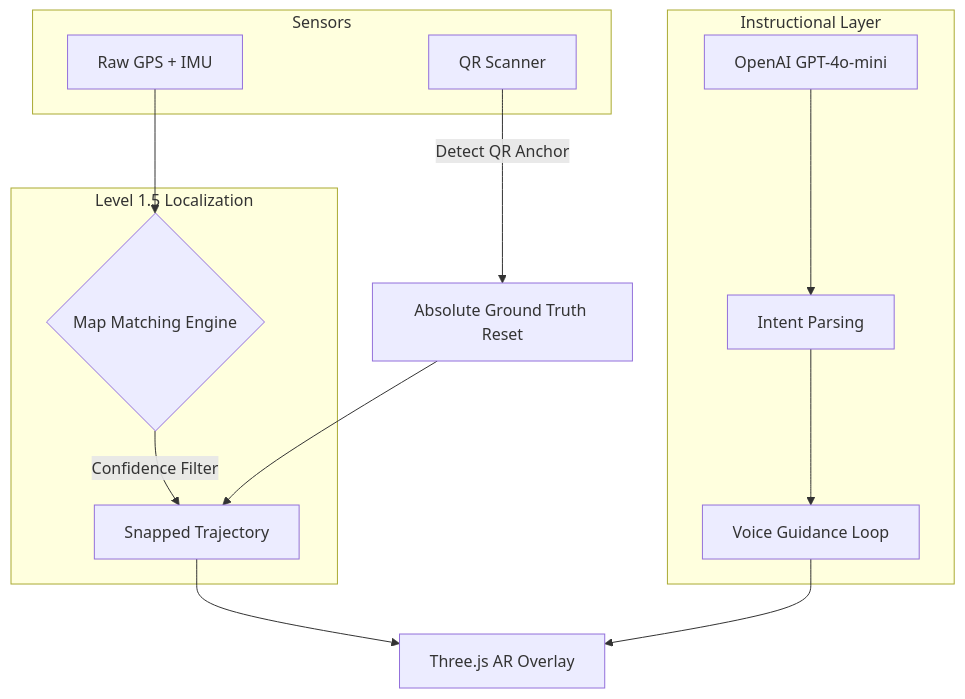
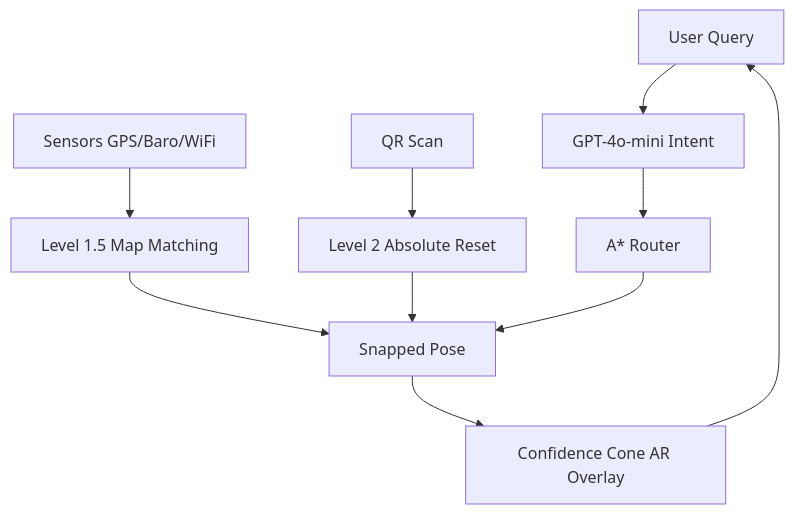
The diagram in docs/RESEARCH_PAPER.md (shivansh-kaushik/GAMEMNNIT), drawn with Mermaid before and after one commit. The commit also changed other lines of this file and 1 other file, not shown here.

````diff
--- a/docs/RESEARCH_PAPER.md
+++ b/docs/RESEARCH_PAPER.md
@@ -58,27 +109,12 @@
 ```mermaid
 graph TD
-    subgraph Sensors
-    A[Raw GPS + IMU]
-    E[QR Scanner]
-    end
-
-    subgraph Localization [Level 1.5 Localization]
-    B{Map Matching Engine}
-    D[Snapped Trajectory]
-    end
-
-    subgraph Feedback [Instructional Layer]
-    H[OpenAI GPT-4o-mini]
-    I[Intent Parsing]
-    J[Voice Guidance Loop]
-    end
-
-    A --> B
-    B -- Confidence Filter --> D
-    E -- Detect QR Anchor --> F[Absolute Ground Truth Reset]
-    F --> D
-    D --> G[Three.js AR Overlay]
-    H --> I
-    I --> J
-    J --> G
+    A[User Query] --> B[GPT-4o-mini Intent]
+    B --> C[A* Router]
+    D[Sensors GPS/Baro/WiFi] --> E[Level 1.5 Map Matching]
+    F[QR Scan] --> G[Level 2 Absolute Reset]
+    E --> H[Snapped Pose]
+    G --> H
+    C --> H
+    H --> I[Confidence Cone AR Overlay]
+    I --> A
 ```
````
